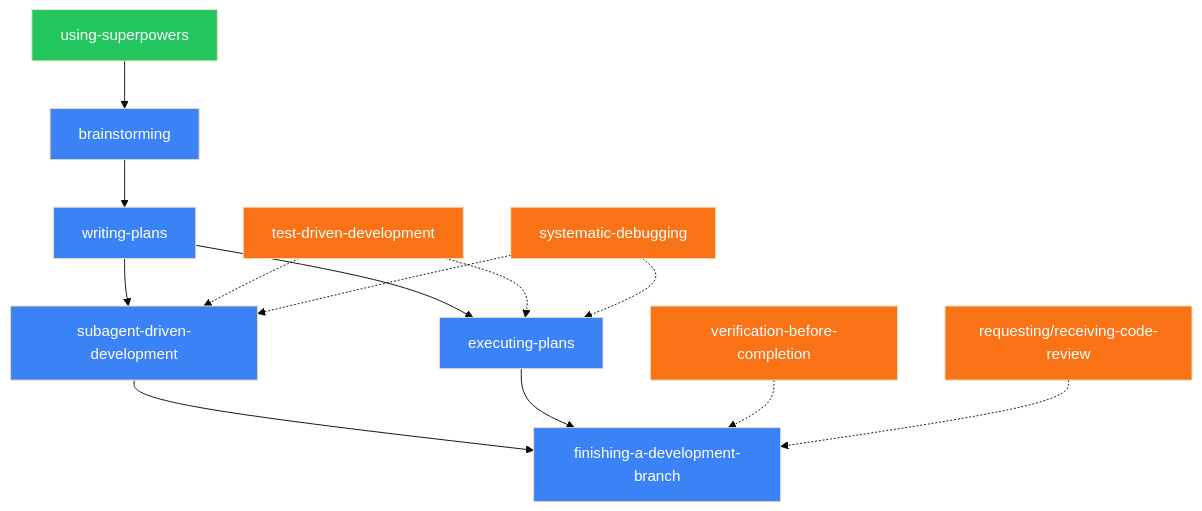
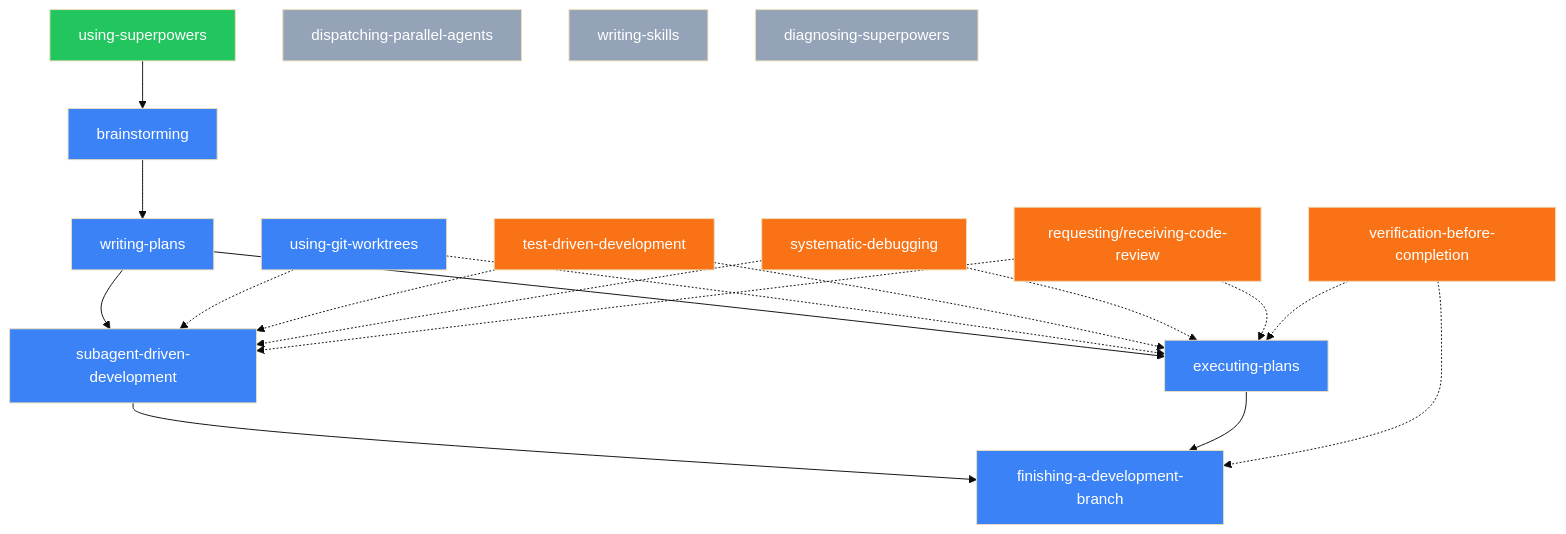
The fourth of 5 diagrams in docs/zh/02-architecture.md (yongnianliu/superpowers), drawn with Mermaid (base theme) before and after one commit. The commit also changed other lines of this file and 12 other files, not shown here.

````diff
--- a/docs/zh/02-architecture.md
+++ b/docs/zh/02-architecture.md
@@ -133,33 +152,43 @@
 ```mermaid
 graph TD
     classDef root fill:#22c55e,color:#fff
     classDef workflow fill:#3b82f6,color:#fff
     classDef cross fill:#f97316,color:#fff
+    classDef other fill:#94a3b8,color:#fff
 
     UP[using-superpowers]:::root
 
     BS[brainstorming]:::workflow
+    WT[using-git-worktrees]:::workflow
     WP[writing-plans]:::workflow
     SDD[subagent-driven-development]:::workflow
     EP[executing-plans]:::workflow
     FDB[finishing-a-development-branch]:::workflow
 
     TDD[test-driven-development]:::cross
     SD[systematic-debugging]:::cross
     VBC[verification-before-completion]:::cross
     CR[requesting/receiving-code-review]:::cross
 
+    DPA[dispatching-parallel-agents]:::other
+    WS[writing-skills]:::other
+    DS[diagnosing-superpowers]:::other
+
     UP --> BS
     BS --> WP
     WP --> SDD
     WP --> EP
+    WT -.-> SDD
+    WT -.-> EP
     SDD --> FDB
     EP --> FDB
 
     TDD -.-> SDD
     TDD -.-> EP
     SD -.-> SDD
     SD -.-> EP
+    CR -.-> SDD
+    CR -.-> EP
+    VBC -.-> EP
     VBC -.-> FDB
-    CR -.-> FDB
 ```
````
